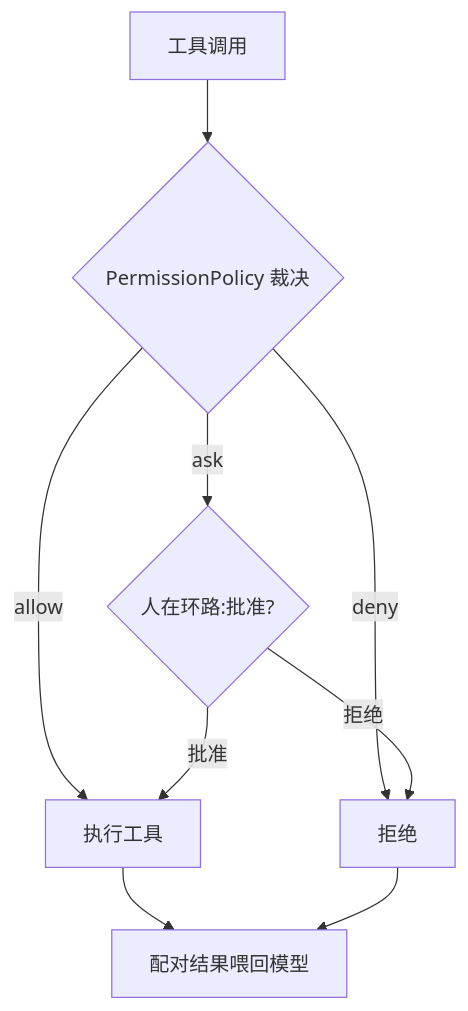
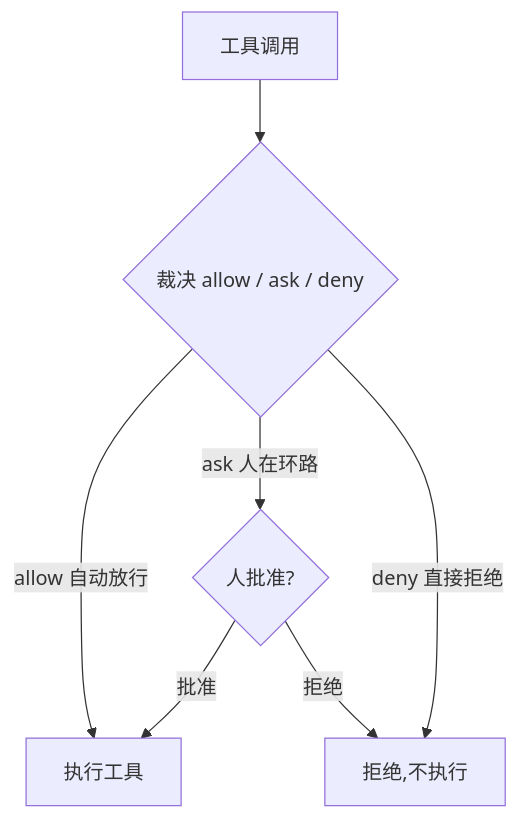
The diagram in chapters/09/README.md (Deguang/agent-course), drawn with Mermaid before and after one commit. The commit also changed 1 other file, not shown here.

Commit message:
style(site): 图高≤区域宽1/2(cqw 横向盒)+ ch09 减负
- .readme pre.mermaid container-type:inline-size;svg max-height:50cqw
  → 超高竖版图缩进"宽2×高"的横向盒子,不再竖长条(细节点击放大)
- ch09 决策图去掉底部"→喂回模型"收敛层、缩短标签,减少交叉(那句话正文已讲)

````diff
--- a/chapters/09/README.md
+++ b/chapters/09/README.md
@@ -31,11 +31,9 @@
 ```mermaid
 flowchart TD
-  T["工具调用"]:::io --> P{"PermissionPolicy 裁决"}:::model
-  P -->|allow| R["执行工具"]:::sub
-  P -->|deny| X["拒绝"]:::sub
-  P -->|ask| H{"人在环路:批准?"}:::model
+  T["工具调用"]:::io --> P{"裁决 allow / ask / deny"}:::model
+  P -->|allow 自动放行| R["执行工具"]:::sub
+  P -->|ask 人在环路| H{"人批准?"}:::model
+  P -->|deny 直接拒绝| X["拒绝,不执行"]:::sub
   H -->|批准| R
   H -->|拒绝| X
-  R --> Y["配对结果喂回模型"]:::io
-  X --> Y
 ```
````
